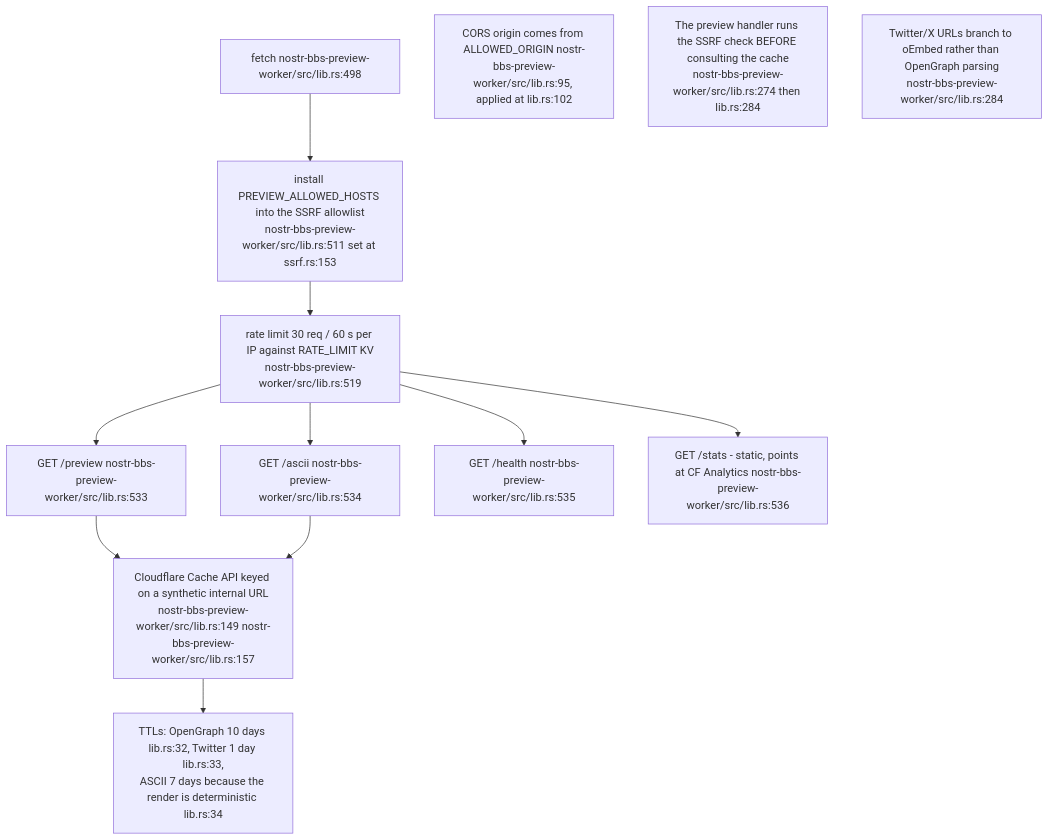
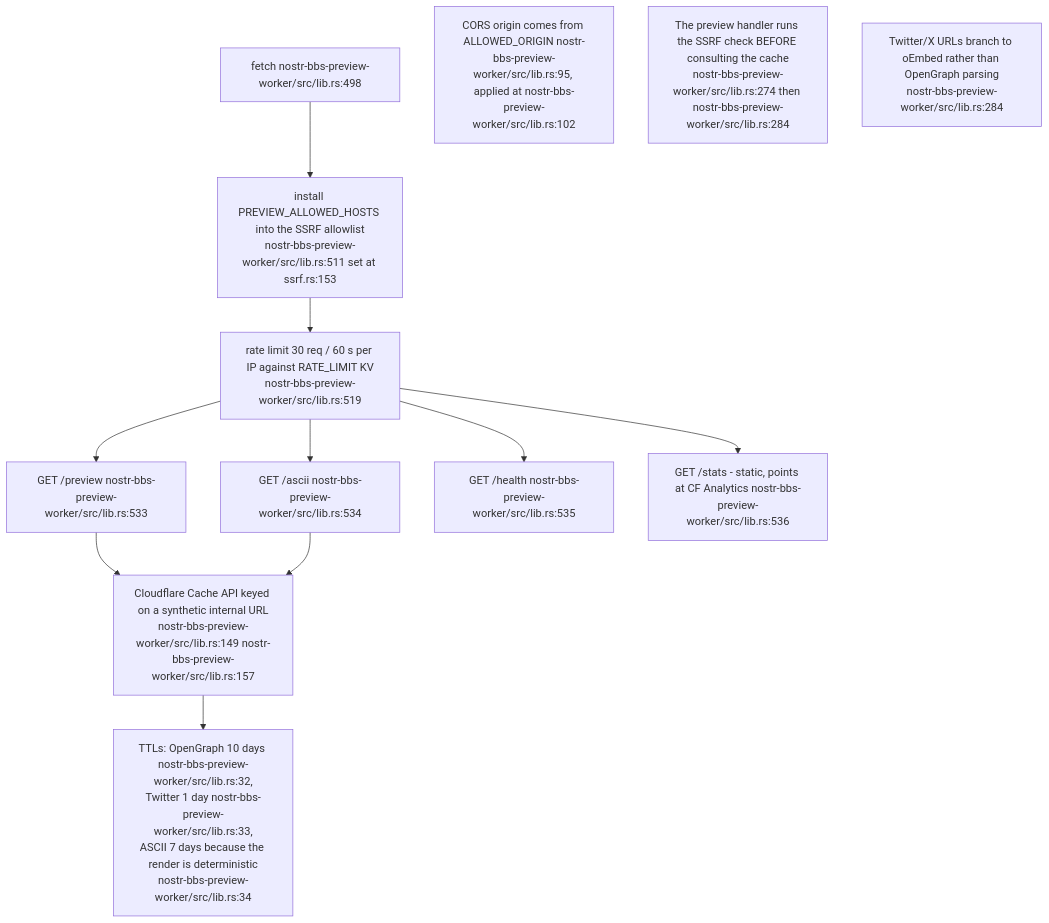
The fifth of 8 diagrams in docs/diagrams/nostr-rust-forum/07-search-preview-and-shared-worker-utilities.md (DreamLab-AI/VisionFlow), drawn with Mermaid before and after one commit. The commit also changed other lines of this file and 185 other files, not shown here.

Commit message:
docs(estate): reconcile diagrams and ADRs with source and define closeout sprint

````diff
--- a/docs/diagrams/nostr-rust-forum/07-search-preview-and-shared-worker-utilities.md
+++ b/docs/diagrams/nostr-rust-forum/07-search-preview-and-shared-worker-utilities.md
@@ -122,20 +125,20 @@
 ```mermaid
 flowchart TB
     F["fetch nostr-bbs-preview-worker/src/lib.rs:498"]
     AL["install PREVIEW_ALLOWED_HOSTS into the SSRF allowlist<br/>nostr-bbs-preview-worker/src/lib.rs:511 set at ssrf.rs:153"]
     RL["rate limit 30 req / 60 s per IP against RATE_LIMIT KV<br/>nostr-bbs-preview-worker/src/lib.rs:519"]
     P["GET /preview nostr-bbs-preview-worker/src/lib.rs:533"]
     A["GET /ascii nostr-bbs-preview-worker/src/lib.rs:534"]
     H["GET /health nostr-bbs-preview-worker/src/lib.rs:535"]
     ST["GET /stats - static, points at CF Analytics nostr-bbs-preview-worker/src/lib.rs:536"]
     CACHE["Cloudflare Cache API keyed on a synthetic internal URL<br/>nostr-bbs-preview-worker/src/lib.rs:149 nostr-bbs-preview-worker/src/lib.rs:157"]
-    TTL["TTLs: OpenGraph 10 days lib.rs:32, Twitter 1 day lib.rs:33,<br/>ASCII 7 days because the render is deterministic lib.rs:34"]
+    TTL["TTLs: OpenGraph 10 days nostr-bbs-preview-worker/src/lib.rs:32,<br/>Twitter 1 day nostr-bbs-preview-worker/src/lib.rs:33,<br/>ASCII 7 days because the render is deterministic<br/>nostr-bbs-preview-worker/src/lib.rs:34"]
 
     F --> AL --> RL --> P & A & H & ST
     P --> CACHE --> TTL
     A --> CACHE
 
-    N1["CORS origin comes from ALLOWED_ORIGIN nostr-bbs-preview-worker/src/lib.rs:95, applied at lib.rs:102"]
-    N2["The preview handler runs the SSRF check BEFORE consulting the cache<br/>nostr-bbs-preview-worker/src/lib.rs:274 then lib.rs:284"]
+    N1["CORS origin comes from ALLOWED_ORIGIN nostr-bbs-preview-worker/src/lib.rs:95, applied at nostr-bbs-preview-worker/src/lib.rs:102"]
+    N2["The preview handler runs the SSRF check BEFORE consulting the cache<br/>nostr-bbs-preview-worker/src/lib.rs:274 then nostr-bbs-preview-worker/src/lib.rs:284"]
     N3["Twitter/X URLs branch to oEmbed rather than OpenGraph parsing<br/>nostr-bbs-preview-worker/src/lib.rs:284"]
 ```
````
